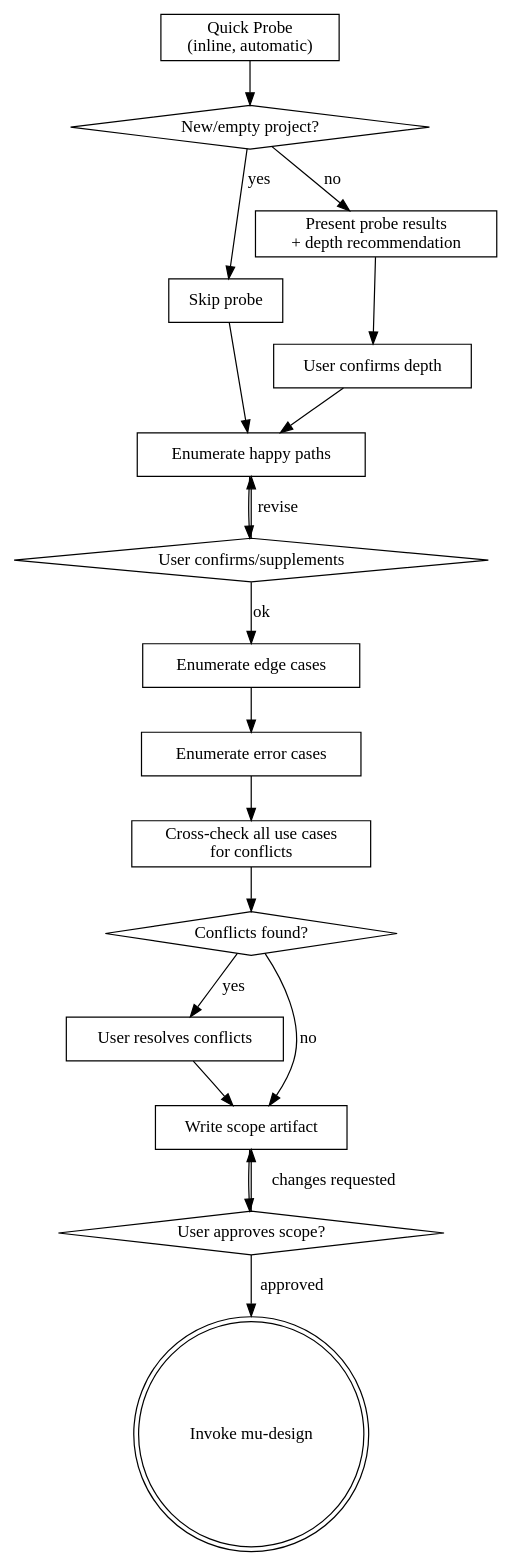
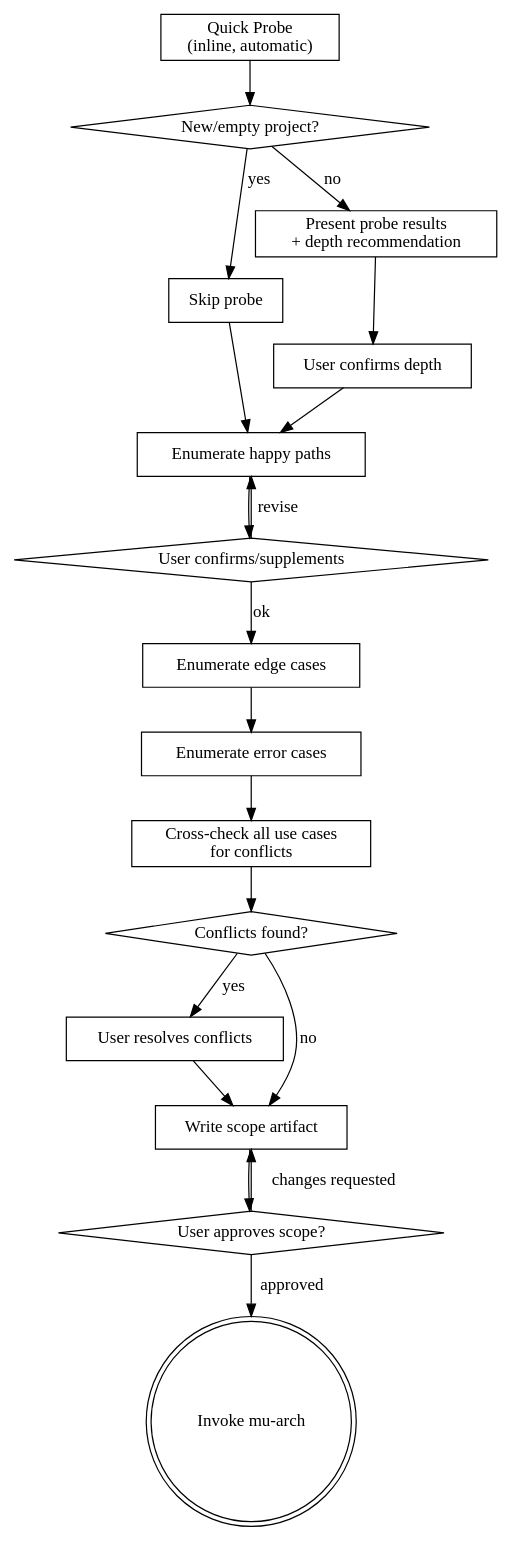
One commit to knotmark-ai/devmuse changed the diagram in skills/mu-scope/SKILL.md. Above: the diagram before and after it, drawn with Graphviz. The commit also changed other lines of this file and 28 other files, not shown here.

First line of the commit message:
refactor: three-tier skill architecture (mu-biz/mu-prd + rename mu-design→mu-arch) (#4)

````diff
--- a/skills/mu-scope/SKILL.md
+++ b/skills/mu-scope/SKILL.md
@@ -33,38 +33,38 @@
 ```dot
 digraph mu_scope {
     "Quick Probe\n(inline, automatic)" [shape=box];
     "New/empty project?" [shape=diamond];
     "Skip probe" [shape=box];
     "Present probe results\n+ depth recommendation" [shape=box];
     "User confirms depth" [shape=box];
     "Enumerate happy paths" [shape=box];
     "User confirms/supplements" [shape=diamond];
     "Enumerate edge cases" [shape=box];
     "Enumerate error cases" [shape=box];
     "Cross-check all use cases\nfor conflicts" [shape=box];
     "Conflicts found?" [shape=diamond];
     "User resolves conflicts" [shape=box];
     "Write scope artifact" [shape=box];
     "User approves scope?" [shape=diamond];
-    "Invoke mu-design" [shape=doublecircle];
+    "Invoke mu-arch" [shape=doublecircle];
 
     "Quick Probe\n(inline, automatic)" -> "New/empty project?";
     "New/empty project?" -> "Skip probe" [label="yes"];
     "New/empty project?" -> "Present probe results\n+ depth recommendation" [label="no"];
     "Skip probe" -> "Enumerate happy paths";
     "Present probe results\n+ depth recommendation" -> "User confirms depth";
     "User confirms depth" -> "Enumerate happy paths";
     "Enumerate happy paths" -> "User confirms/supplements";
     "User confirms/supplements" -> "Enumerate edge cases" [label="ok"];
     "User confirms/supplements" -> "Enumerate happy paths" [label="revise"];
     "Enumerate edge cases" -> "Enumerate error cases";
     "Enumerate error cases" -> "Cross-check all use cases\nfor conflicts";
     "Cross-check all use cases\nfor conflicts" -> "Conflicts found?";
     "Conflicts found?" -> "User resolves conflicts" [label="yes"];
     "Conflicts found?" -> "Write scope artifact" [label="no"];
     "User resolves conflicts" -> "Write scope artifact";
     "Write scope artifact" -> "User approves scope?";
     "User approves scope?" -> "Write scope artifact" [label="changes requested"];
-    "User approves scope?" -> "Invoke mu-design" [label="approved"];
+    "User approves scope?" -> "Invoke mu-arch" [label="approved"];
 }
 ```
````
